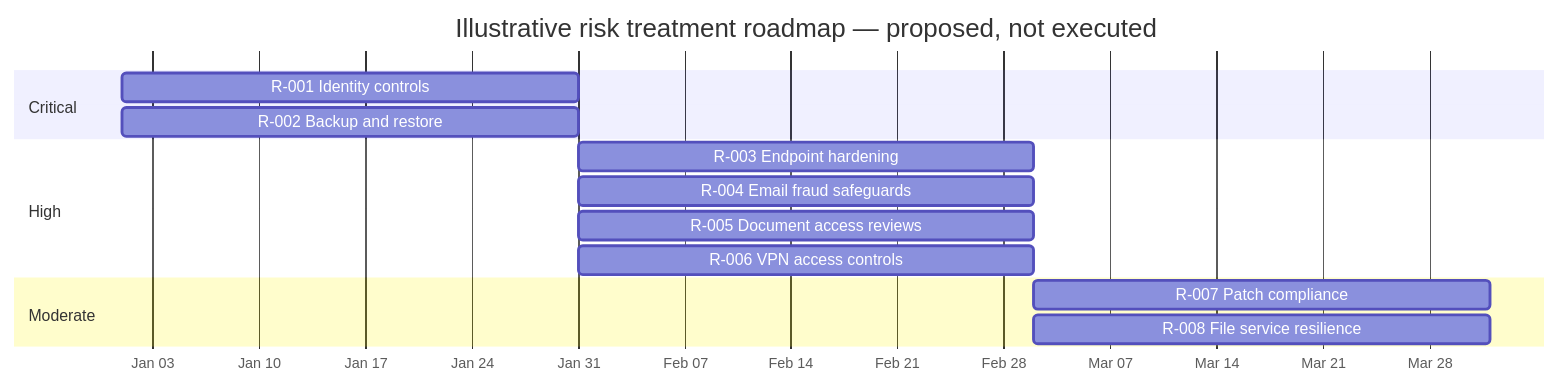
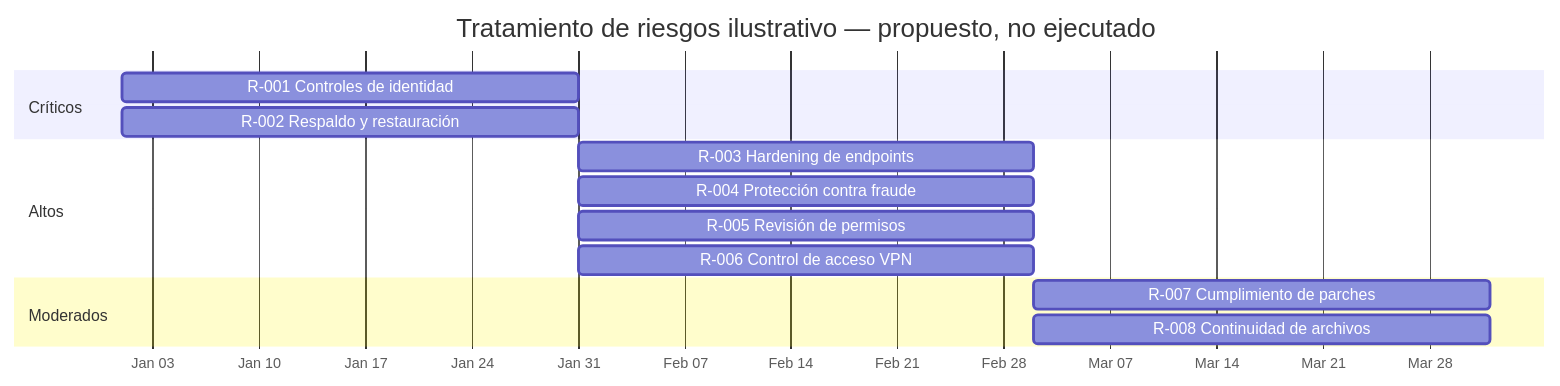
The diagram in Information-Security/Enterprise-Risk-Assessment/treatment/risk-treatment-plan.md (fefemora/it-portfolio-es), drawn with Mermaid before and after one commit. The commit also changed other lines of this file, not shown here.

Commit message:
docs(es): fully translate 90-day risk treatment plan and Gantt

````diff
--- a/Information-Security/Enterprise-Risk-Assessment/treatment/risk-treatment-plan.md
+++ b/Information-Security/Enterprise-Risk-Assessment/treatment/risk-treatment-plan.md
@@ -38,17 +38,17 @@
 ```mermaid
 gantt
-    title Illustrative risk treatment roadmap — proposed, not executed
+    title Tratamiento de riesgos ilustrativo — propuesto, no ejecutado
     dateFormat YYYY-MM-DD
     axisFormat %b %d
-    section Critical
-    R-001 Identity controls           :a1, 2027-01-01, 30d
-    R-002 Backup and restore          :a2, 2027-01-01, 30d
-    section High
-    R-003 Endpoint hardening          :b1, 2027-01-31, 30d
-    R-004 Email fraud safeguards      :b2, 2027-01-31, 30d
-    R-005 Document access reviews     :b3, 2027-01-31, 30d
-    R-006 VPN access controls         :b4, 2027-01-31, 30d
-    section Moderate
-    R-007 Patch compliance            :c1, 2027-03-02, 30d
-    R-008 File service resilience     :c2, 2027-03-02, 30d
+    section Críticos
+    R-001 Controles de identidad       :a1, 2027-01-01, 30d
+    R-002 Respaldo y restauración      :a2, 2027-01-01, 30d
+    section Altos
+    R-003 Hardening de endpoints       :b1, 2027-01-31, 30d
+    R-004 Protección contra fraude     :b2, 2027-01-31, 30d
+    R-005 Revisión de permisos         :b3, 2027-01-31, 30d
+    R-006 Control de acceso VPN        :b4, 2027-01-31, 30d
+    section Moderados
+    R-007 Cumplimiento de parches      :c1, 2027-03-02, 30d
+    R-008 Continuidad de archivos      :c2, 2027-03-02, 30d
 ```
````
